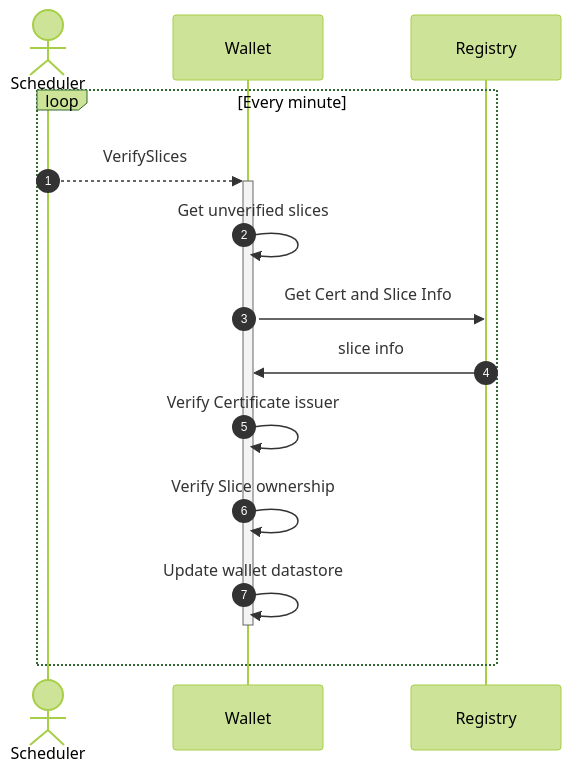
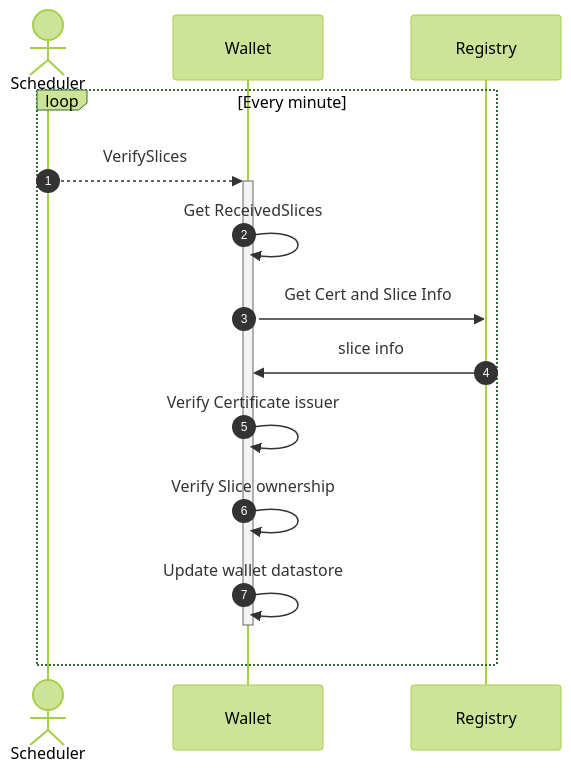
One commit to project-origin/wallet changed the second of 2 diagrams in doc/flows/receive_slice.md. Above: the diagram before and after it, drawn with Mermaid (forest theme). The commit also changed other lines of this file, not shown here.

````diff
--- a/doc/flows/receive_slice.md
+++ b/doc/flows/receive_slice.md
@@ -49,21 +44,21 @@
 ```mermaid
 sequenceDiagram
     autonumber
 
     actor sche as Scheduler
     participant wallet as Wallet
     participant reg as Registry
 
     loop Every minute
         sche -->>+ wallet: VerifySlices
 
-        wallet ->> wallet: Get unverified slices
+        wallet ->> wallet: Get ReceivedSlices
 
         wallet ->> reg: Get Cert and Slice Info
         reg ->> wallet: slice info
         wallet ->> wallet: Verify Certificate issuer
         wallet ->> wallet: Verify Slice ownership
         wallet ->> wallet: Update wallet datastore
         deactivate wallet
     end
 ```
````
